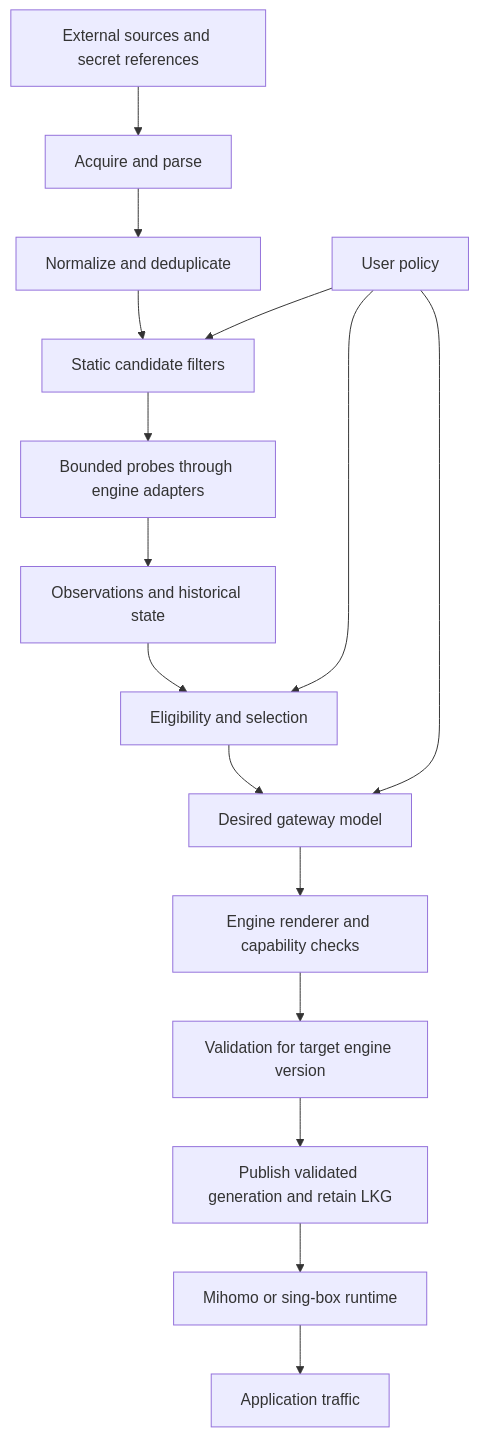
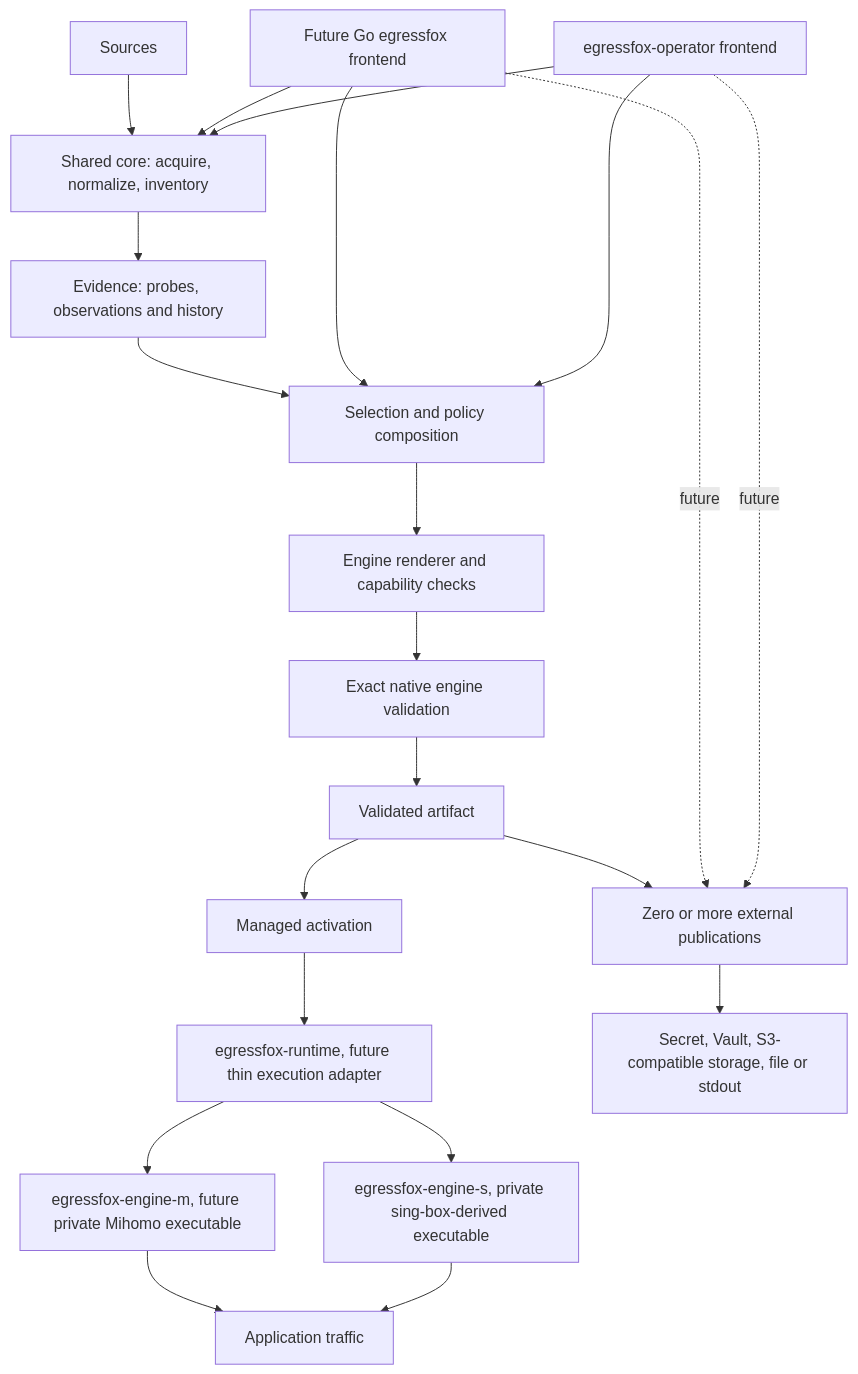
One commit to egressfox-io/egressfox changed the diagram in docs/architecture.md. Above: the diagram before and after it, drawn with Mermaid. The commit also changed other lines of this file and 14 other files, not shown here.

Commit message:
📝 docs(architecture): define standalone runtime boundaries

````diff
--- a/docs/architecture.md
+++ b/docs/architecture.md
@@ -10,18 +23,23 @@
 ```mermaid
 flowchart TD
-    S[External sources and secret references] --> A[Acquire and parse]
-    A --> N[Normalize and deduplicate]
-    N --> F[Static candidate filters]
-    F --> P[Bounded probes through engine adapters]
-    P --> H[Observations and historical state]
-    H --> E[Eligibility and selection]
-    I[User policy] --> F
-    I --> E
-    I --> D[Desired gateway model]
-    E --> D
-    D --> R[Engine renderer and capability checks]
-    R --> V[Validation for target engine version]
-    V --> U[Publish validated generation and retain LKG]
-    U --> G[Mihomo or sing-box runtime]
-    G --> T[Application traffic]
+    S[Sources] --> I[Shared core: acquire, normalize, inventory]
+    I --> E[Evidence: probes, observations and history]
+    E --> C[Selection and policy composition]
+    C --> R[Engine renderer and capability checks]
+    R --> V[Exact native engine validation]
+    V --> A[Validated artifact]
+    A --> X[Managed activation]
+    A --> P[Zero or more external publications]
+    X --> RT[egressfox-runtime, future thin execution adapter]
+    RT --> M[egressfox-engine-m, future private Mihomo executable]
+    RT --> B[egressfox-engine-s, private sing-box-derived executable]
+    M --> T[Application traffic]
+    B --> T
+    P --> D[Secret, Vault, S3-compatible storage, file or stdout]
+    F1[Future Go egressfox frontend] --> I
+    F1 --> C
+    F2[egressfox-operator frontend] --> I
+    F2 --> C
+    F1 -. future .-> P
+    F2 -. future .-> P
 ```
````
